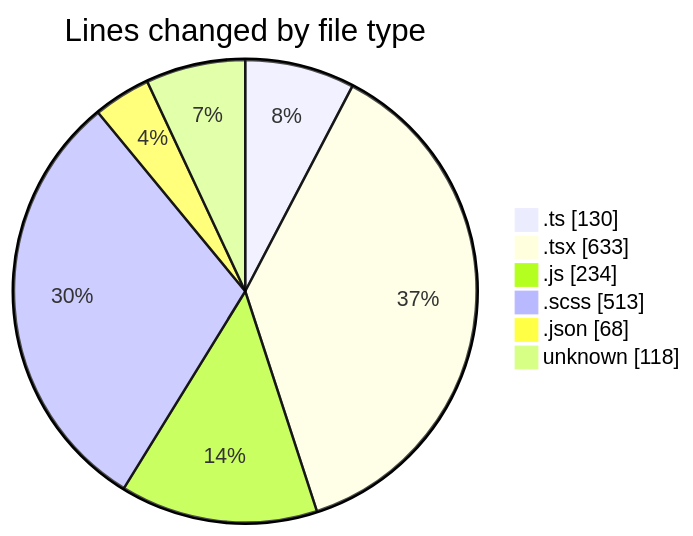
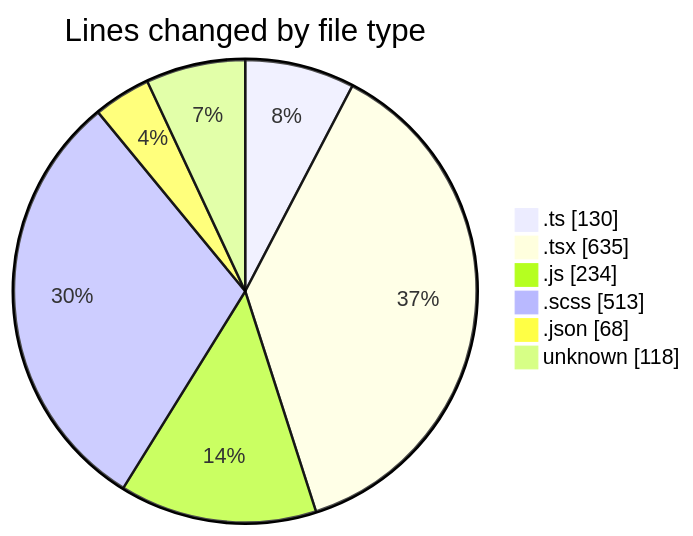
The first of 2 diagrams in 2026-05-08/cda/README.md (momahboobian/code-tracking), drawn with Mermaid before and after one commit. The commit also changed other lines of this file and 1 other file, not shown here.

````diff
--- a/2026-05-08/cda/README.md
+++ b/2026-05-08/cda/README.md
@@ -38,10 +38,10 @@
 ```mermaid
 pie showData
 title Lines changed by file type
 ".ts" : 130
-".tsx" : 633
+".tsx" : 635
 ".js" : 234
 ".scss" : 513
 ".json" : 68
 "unknown" : 118
 ```
````
